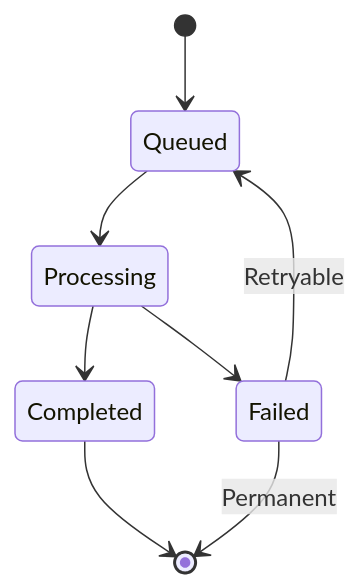
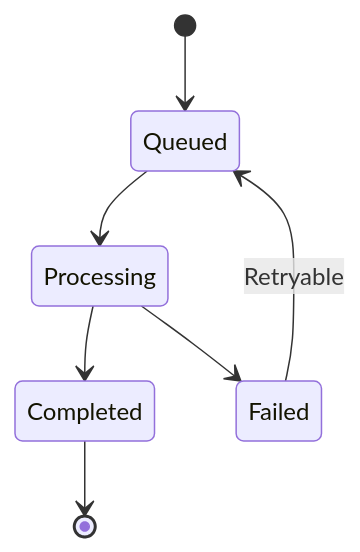
The diagram in docs/workflows/integration-processing.md (mburu1/erpnext-business-suite), drawn with Mermaid before and after one commit. The commit also changed other lines of this file, not shown here.

```diff
--- a/docs/workflows/integration-processing.md
+++ b/docs/workflows/integration-processing.md
@@ -3,10 +3,9 @@
 ~~~mermaid
 stateDiagram-v2
     [*] --> Queued
     Queued --> Processing
     Processing --> Completed
     Processing --> Failed
     Failed --> Queued : Retryable
-    Failed --> [*] : Permanent
     Completed --> [*]
 ~~~
```
